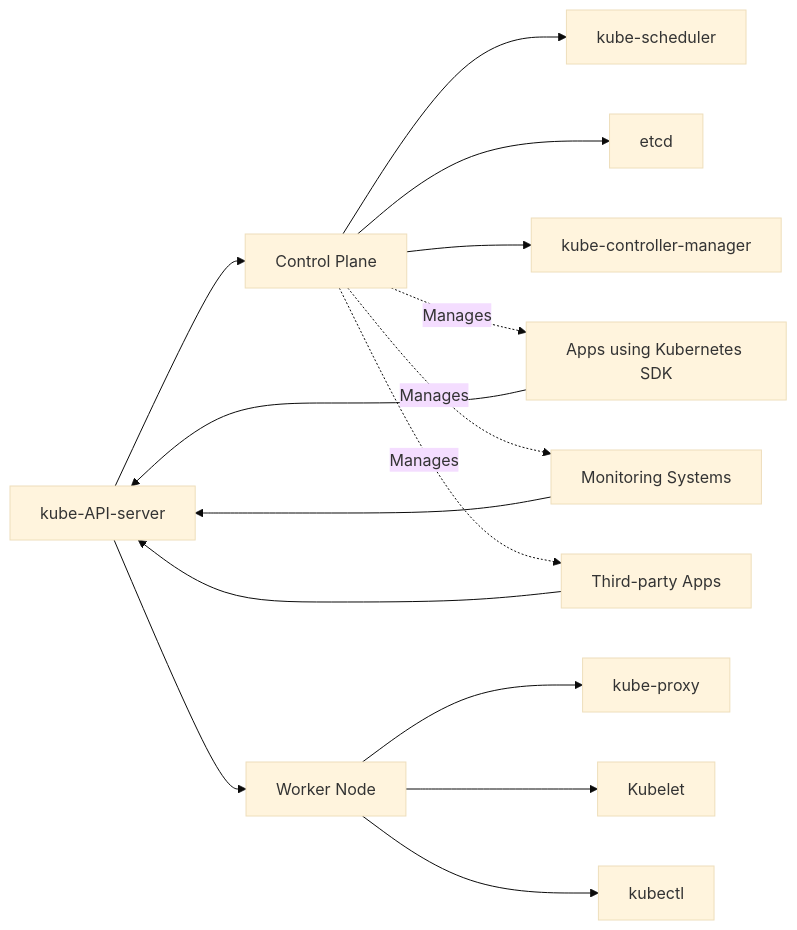
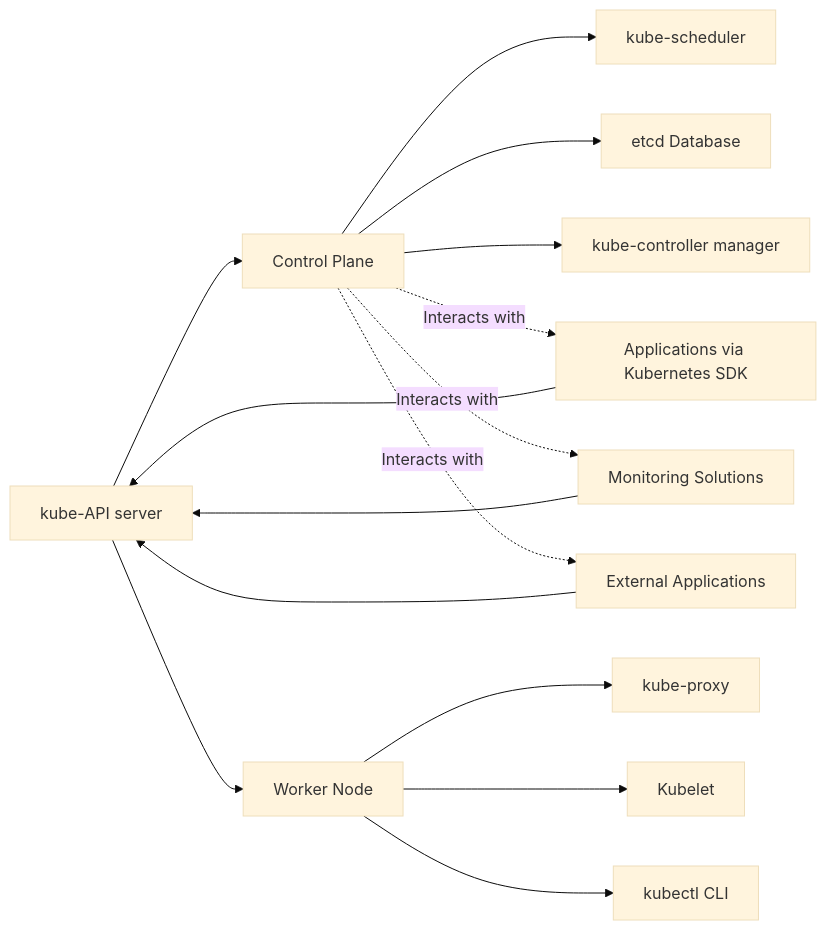
Before and after one commit to 007chiragshah/tucana: the first of 2 diagrams in Architecture_Overview.md, drawn with Mermaid (base theme).

````diff
--- a/Architecture_Overview.md
+++ b/Architecture_Overview.md
@@ -20,20 +20,20 @@
   ```mermaid 
   graph LR
-    A[kube-API-server] --> B[Control Plane]
+    A[kube-API server] --> B[Control Plane]
     B --> C[kube-scheduler]
-    B --> D[etcd]
-    B --> E[kube-controller-manager]
+    B --> D[etcd Database]
+    B --> E[kube-controller manager]
 
     A --> F[Worker Node]
     F --> G[kube-proxy]
     F --> H[Kubelet]
-    F --> I[kubectl]
+    F --> I[kubectl CLI]
 
-    J[Apps using Kubernetes SDK] --> A
-    K[Monitoring Systems] --> A
-    L[Third-party Apps] --> A
+    J[Applications via Kubernetes SDK] --> A
+    K[Monitoring Solutions] --> A
+    L[External Applications] --> A
 
-    B -.->|Manages| J
-    B -.->|Manages| K
-    B -.->|Manages| L
+    B -.->|Interacts with| J
+    B -.->|Interacts with| K
+    B -.->|Interacts with| L
   ```
````
